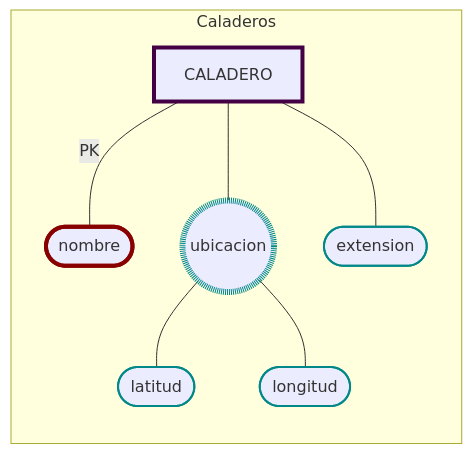
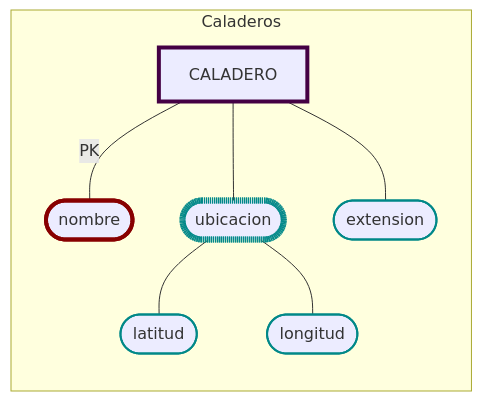
The diagram in Practica/P1/Schema/Caladeros.md (JulTob/BasesDeDatos), drawn with Mermaid before and after one commit.

Commit message:
Fix formatting of ubicacion attribute in Caladeros

````diff
--- a/Practica/P1/Schema/Caladeros.md
+++ b/Practica/P1/Schema/Caladeros.md
@@ -8,20 +8,20 @@
 ```mermaid
 flowchart LR   
   classDef atributo stroke:#088,stroke-width:2px;
   classDef derivado stroke-width:3px, stroke-dasharray:3 3;
   classDef compuesto stroke-width:6px, stroke-dasharray:1 1;
   classDef pk stroke:#800,stroke-width:4px;
   classDef entidad stroke:#404,stroke-width:4px;
 
   %% Atributos CALADERO
   subgraph Caladeros
     Caladero[CALADERO]:::entidad
     Caladero ---|PK| nombre([nombre]):::pk 
-    Caladero --- ubicacion((ubicacion)):::atributo 
+    Caladero --- ubicacion([ubicacion]):::atributo 
     Caladero --- extension([extension]):::atributo 
       ubicacion:::compuesto
       ubicacion  --- latitud([latitud]):::atributo
 	  ubicacion  --- longitud([longitud]):::atributo 
 
     end
 ```
````
